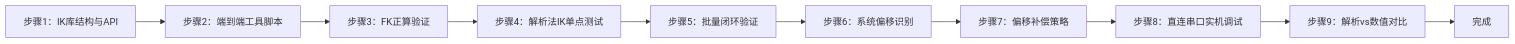
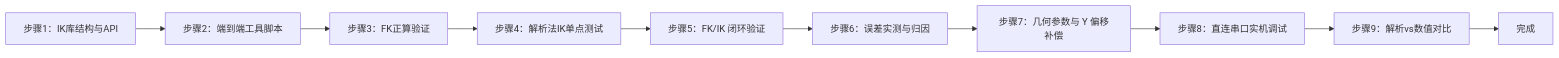
One commit to aibittek/course_generate_agent changed the fifth of 7 diagrams in courses/sheet1/arm_practice/EXP005_lab_guide.md. Above: the diagram before and after it, drawn with Mermaid. The commit also changed other lines of this file, not shown here.

````diff
--- a/courses/sheet1/arm_practice/EXP005_lab_guide.md
+++ b/courses/sheet1/arm_practice/EXP005_lab_guide.md
@@ -2981,12 +2995,12 @@
 ```mermaid
 graph LR
     A[步骤1：IK库结构与API] --> B[步骤2：端到端工具脚本]
     B --> C[步骤3：FK正算验证]
     C --> D[步骤4：解析法IK单点测试]
-    D --> E[步骤5：批量闭环验证]
-    E --> F[步骤6：系统偏移识别]
-    F --> G[步骤7：偏移补偿策略]
+    D --> E[步骤5：FK/IK 闭环验证]
+    E --> F[步骤6：误差实测与归因]
+    F --> G[步骤7：几何参数与 Y 偏移补偿]
     G --> H[步骤8：直连串口实机调试]
     H --> I[步骤9：解析vs数值对比]
     I --> J[完成]
 ```
````
